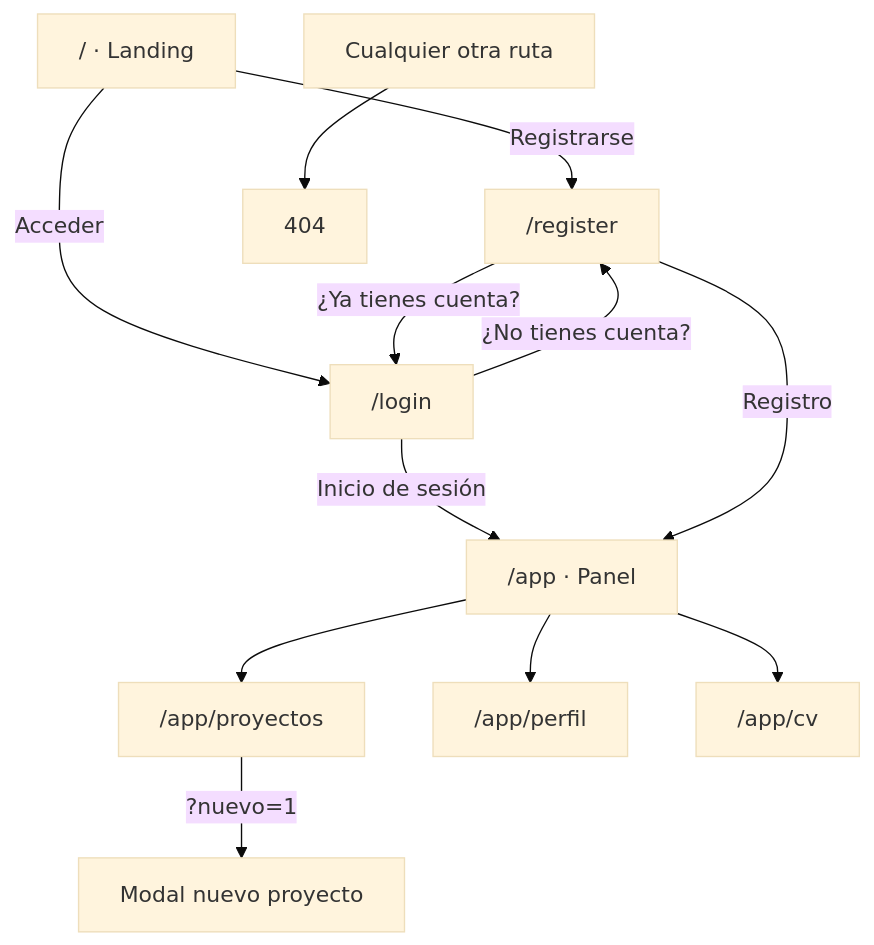
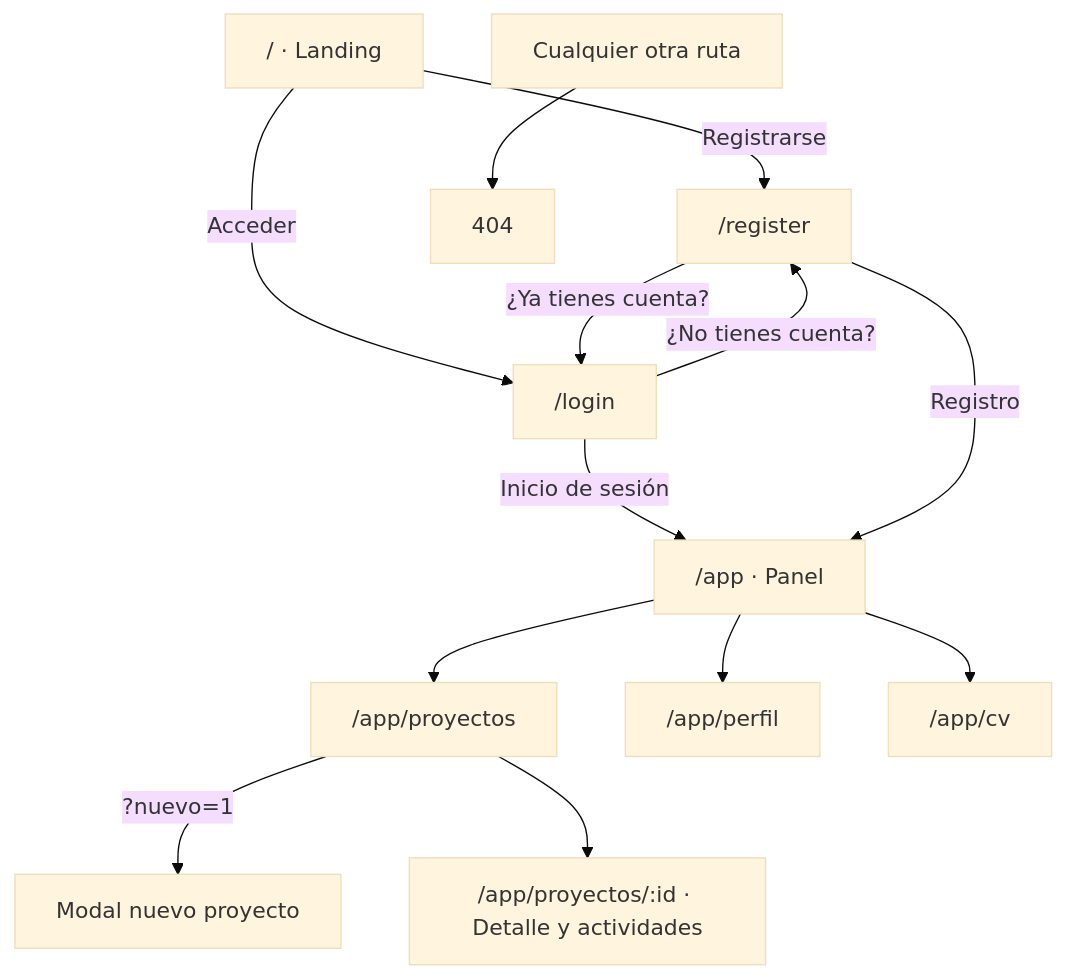
Before and after one commit to hannakathe/web_II_juniorswipe: the second of 4 diagrams in documentacion/diagramas/diagramas.md, drawn with Mermaid (base theme). The commit also changed 4 other files, not shown here.

````diff
--- a/documentacion/diagramas/diagramas.md
+++ b/documentacion/diagramas/diagramas.md
@@ -23,14 +23,15 @@
 ```mermaid
 flowchart TD
     L["/ · Landing"] -->|Registrarse| R["/register"]
     L -->|Acceder| I["/login"]
     R -->|¿Ya tienes cuenta?| I
     I -->|¿No tienes cuenta?| R
     I -->|Inicio de sesión| P["/app · Panel"]
     R -->|Registro| P
     P --> PR["/app/proyectos"]
     P --> PE["/app/perfil"]
     P --> CV["/app/cv"]
     PR -->|"?nuevo=1"| M[Modal nuevo proyecto]
+    PR --> D["/app/proyectos/:id · Detalle y actividades"]
     X["Cualquier otra ruta"] --> N[404]
 ```
````
